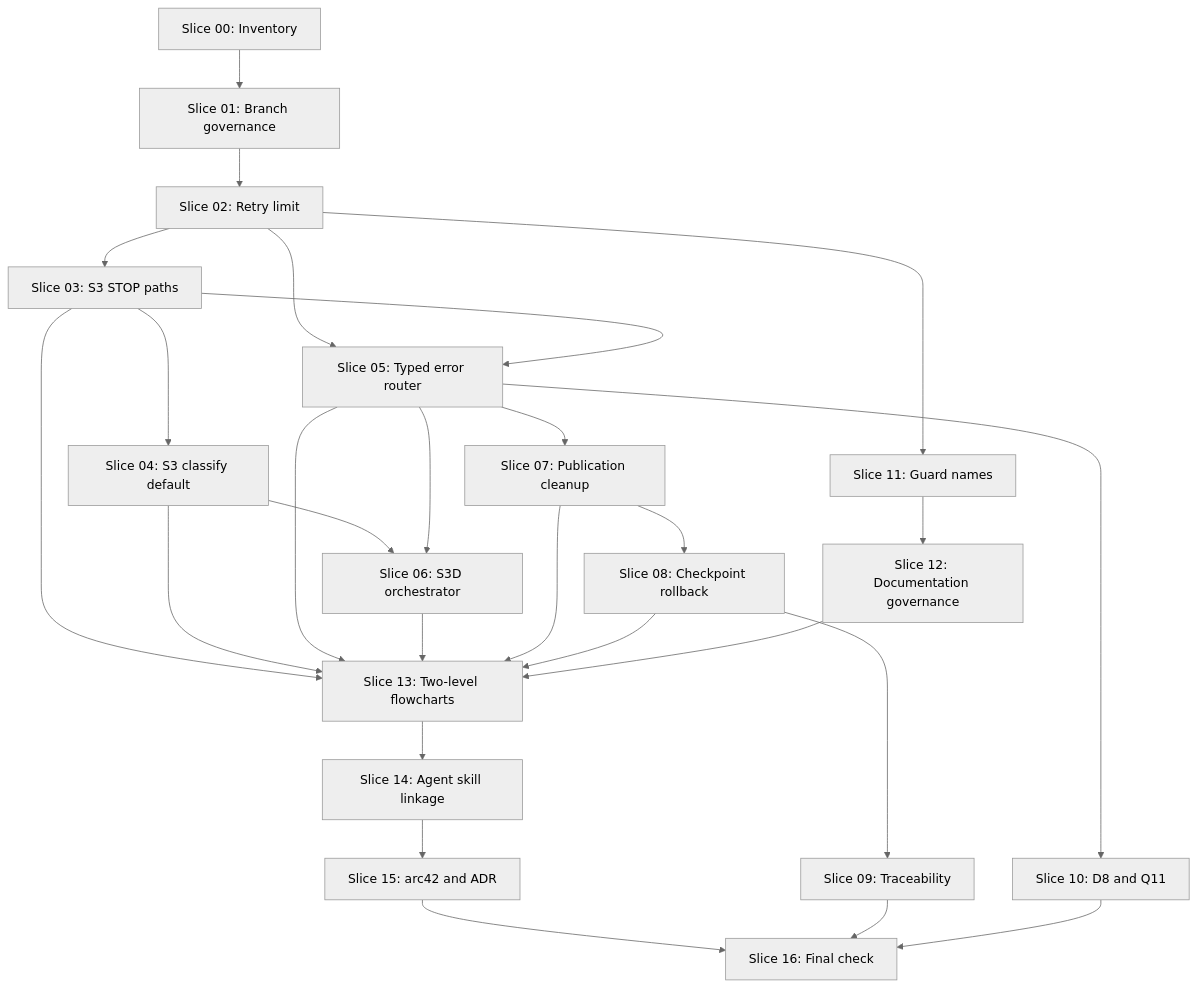
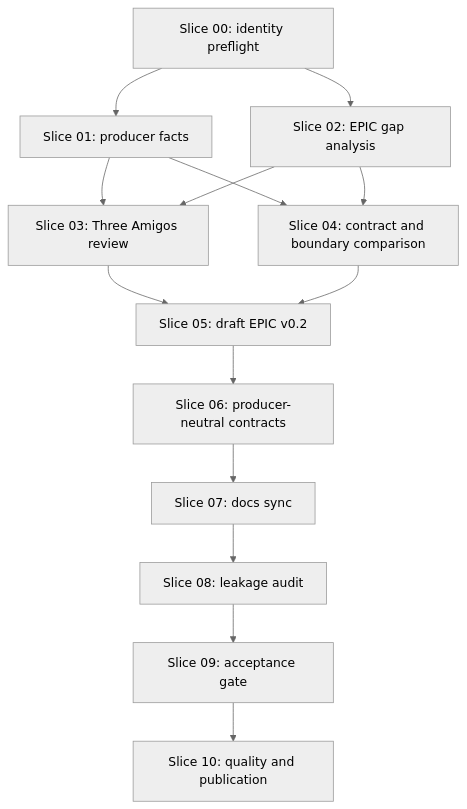
Before and after one commit to MatthiasBurger-Coder/forensic_analytics: the diagram in docs/workflow/workflow.md, drawn with Mermaid (neutral theme). The commit also changed other lines of this file and 8 other files, not shown here.

````diff
--- a/docs/workflow/workflow.md
+++ b/docs/workflow/workflow.md
@@ -685,38 +864,28 @@
 ```mermaid
 flowchart TD
-  S00["Slice 00: Inventory"]
-  S01["Slice 01: Branch governance"]
-  S02["Slice 02: Retry limit"]
-  S03["Slice 03: S3 STOP paths"]
-  S04["Slice 04: S3 classify default"]
-  S05["Slice 05: Typed error router"]
-  S06["Slice 06: S3D orchestrator"]
-  S07["Slice 07: Publication cleanup"]
-  S08["Slice 08: Checkpoint rollback"]
-  S09["Slice 09: Traceability"]
-  S10["Slice 10: D8 and Q11"]
-  S11["Slice 11: Guard names"]
-  S12["Slice 12: Documentation governance"]
-  S13["Slice 13: Two-level flowcharts"]
-  S14["Slice 14: Agent skill linkage"]
-  S15["Slice 15: arc42 and ADR"]
-  S16["Slice 16: Final check"]
+  S00["Slice 00: identity preflight"]
+  S01["Slice 01: producer facts"]
+  S02["Slice 02: EPIC gap analysis"]
+  S03["Slice 03: Three Amigos review"]
+  S04["Slice 04: contract and boundary comparison"]
+  S05["Slice 05: draft EPIC v0.2"]
+  S06["Slice 06: producer-neutral contracts"]
+  S07["Slice 07: docs sync"]
+  S08["Slice 08: leakage audit"]
+  S09["Slice 09: acceptance gate"]
+  S10["Slice 10: quality and publication"]
 
-  S00 --> S01 --> S02
-  S02 --> S03 --> S04 --> S06
-  S02 --> S05 --> S06
+  S00 --> S01
+  S00 --> S02
+  S01 --> S03
+  S02 --> S03
+  S01 --> S04
+  S02 --> S04
   S03 --> S05
-  S05 --> S07 --> S08 --> S09
-  S05 --> S10
-  S02 --> S11 --> S12
-  S03 --> S13
-  S04 --> S13
-  S05 --> S13
-  S06 --> S13
-  S07 --> S13
-  S08 --> S13
-  S12 --> S13
-  S13 --> S14 --> S15 --> S16
-  S09 --> S16
-  S10 --> S16
+  S04 --> S05
+  S05 --> S06
+  S06 --> S07
+  S07 --> S08
+  S08 --> S09
+  S09 --> S10
 ```
````
